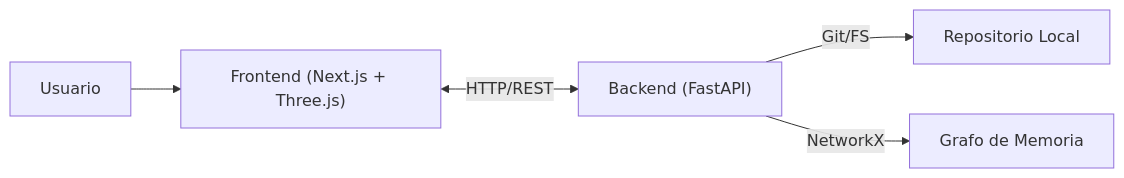
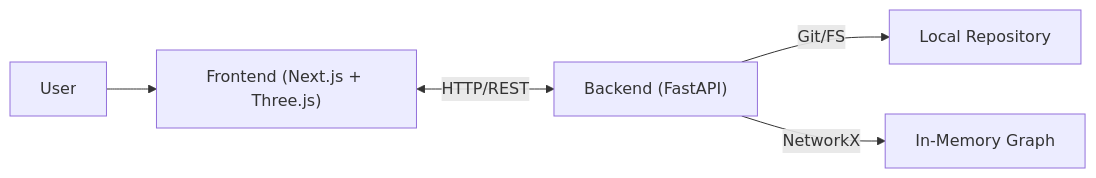
The diagram in README.md (MerariJafet/codigo-gps), drawn with Mermaid before and after one commit. The commit also changed other lines of this file and 3 other files, not shown here.

Commit message:
docs: translate readme to English and add architecture doc; test: add smoke test

````diff
--- a/README.md
+++ b/README.md
@@ -33,7 +35,7 @@
 ```mermaid
 graph LR
-    User["Usuario"] --> Frontend["Frontend (Next.js + Three.js)"]
+    User["User"] --> Frontend["Frontend (Next.js + Three.js)"]
     Frontend <-->|HTTP/REST| Backend["Backend (FastAPI)"]
-    Backend -->|Git/FS| LocalRepo["Repositorio Local"]
-    Backend -->|NetworkX| Graph["Grafo de Memoria"]
+    Backend -->|Git/FS| LocalRepo["Local Repository"]
+    Backend -->|NetworkX| Graph["In-Memory Graph"]
 ```
````
